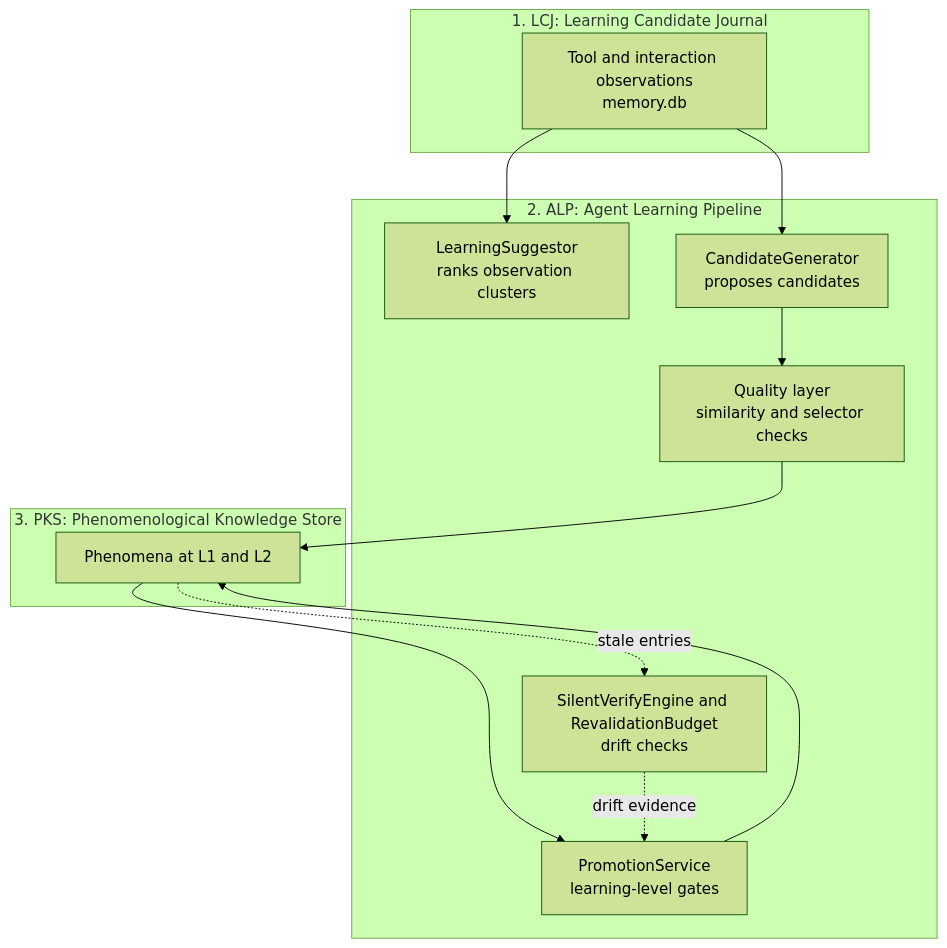
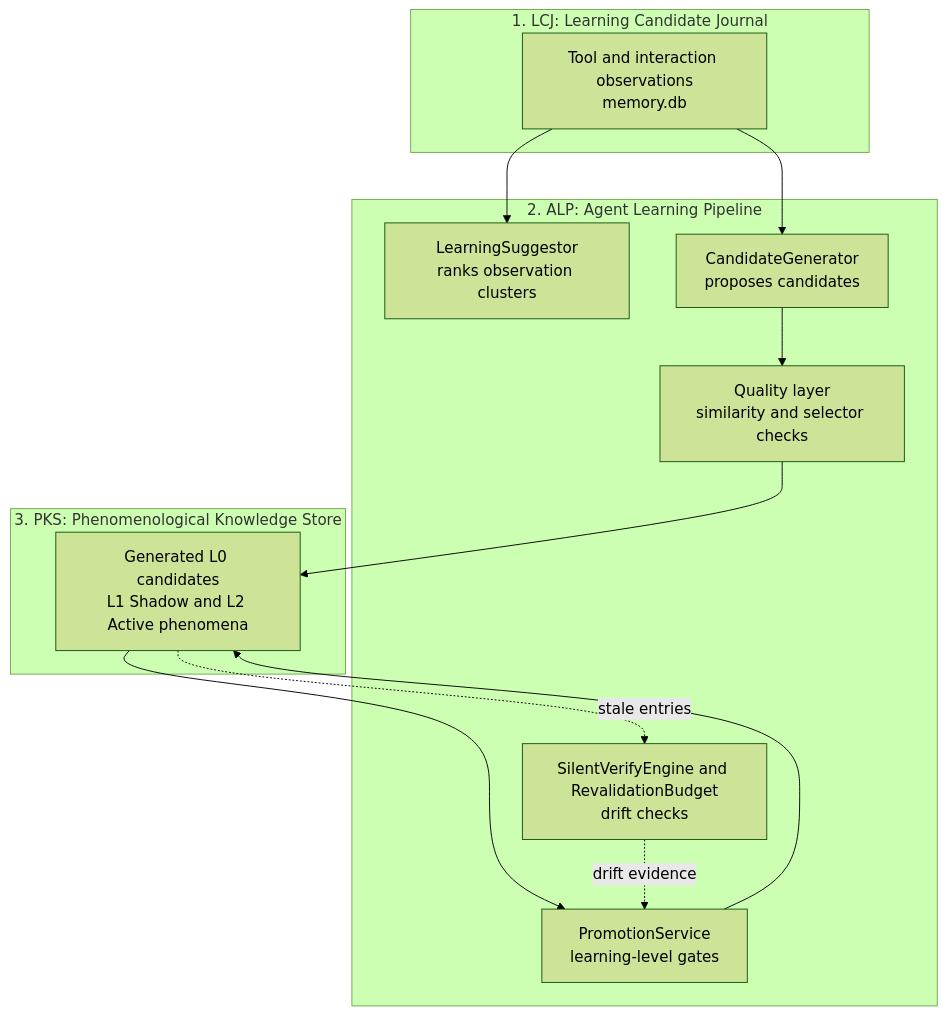
One commit to joelaniol/nova changed the diagram in docs/core-features/learning-pipeline-alp.md. Above: the diagram before and after it, drawn with Mermaid (forest theme). The commit also changed other lines of this file and 3 other files, not shown here.

````diff
--- a/docs/core-features/learning-pipeline-alp.md
+++ b/docs/core-features/learning-pipeline-alp.md
@@ -26,27 +48,27 @@
 ```mermaid
 flowchart TD
     subgraph LCJLayer["1. LCJ: Learning Candidate Journal"]
         Obs["Tool and interaction observations<br/>memory.db"]
     end
 
     subgraph ALPPipeline["2. ALP: Agent Learning Pipeline"]
         Suggest["LearningSuggestor<br/>ranks observation clusters"]
         Gen["CandidateGenerator<br/>proposes candidates"]
         Quality["Quality layer<br/>similarity and selector checks"]
         Promote["PromotionService<br/>learning-level gates"]
         Reval["SilentVerifyEngine and RevalidationBudget<br/>drift checks"]
     end
 
     subgraph PKSStore["3. PKS: Phenomenological Knowledge Store"]
-        FastPath["Phenomena at L1 and L2"]
+        FastPath["Generated L0 candidates<br/>L1 Shadow and L2 Active phenomena"]
     end
 
     Obs --> Suggest
     Obs --> Gen
     Gen --> Quality
     Quality --> FastPath
     FastPath --> Promote
     Promote --> FastPath
     FastPath -. stale entries .-> Reval
     Reval -. drift evidence .-> Promote
 ```
````
